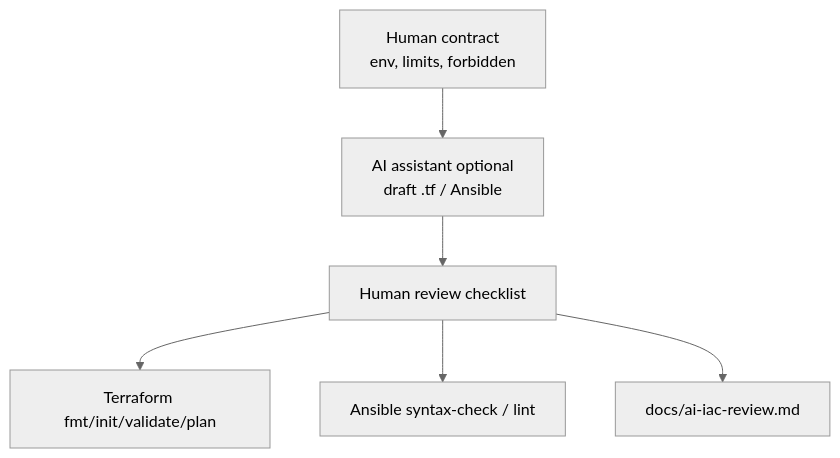
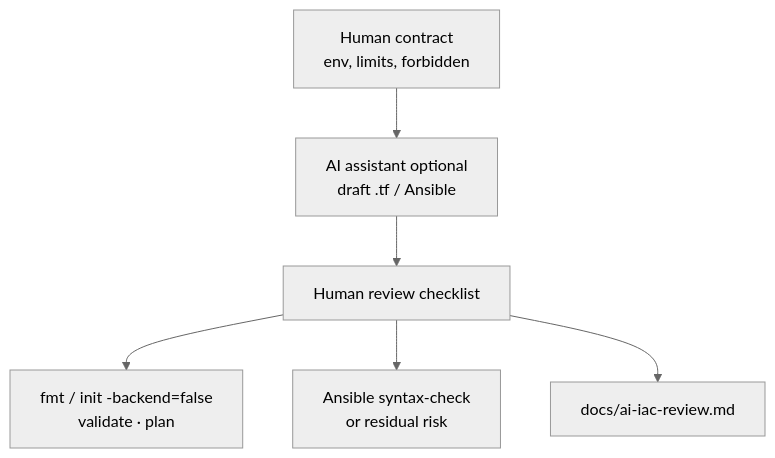
The diagram in labs/Week 5 - DevOps, CI-CD and OpenShift/module-45/lab45/LAB-45-GUIDE.md (Innovation-In-Software/bc-sw-engineer-java-participant), drawn with Mermaid (neutral theme) before and after one commit. The commit also changed other lines of this file and 18 other files, not shown here.

````diff
--- a/labs/Week 5 - DevOps, CI-CD and OpenShift/module-45/lab45/LAB-45-GUIDE.md
+++ b/labs/Week 5 - DevOps, CI-CD and OpenShift/module-45/lab45/LAB-45-GUIDE.md
@@ -116,8 +140,8 @@
 ```mermaid
 flowchart TB
   Contract["Human contract<br/>env, limits, forbidden"] --> AI["AI assistant optional<br/>draft .tf / Ansible"]
   AI --> Review["Human review checklist"]
-  Review --> TF["Terraform fmt/init/validate/plan"]
-  Review --> AN["Ansible syntax-check / lint"]
+  Review --> TF["fmt / init -backend=false<br/>validate · plan"]
+  Review --> AN["Ansible syntax-check<br/>or residual risk"]
   Review --> Doc["docs/ai-iac-review.md"]
 ```
````
